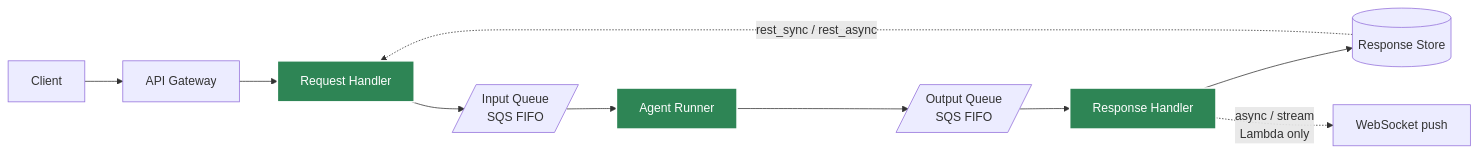
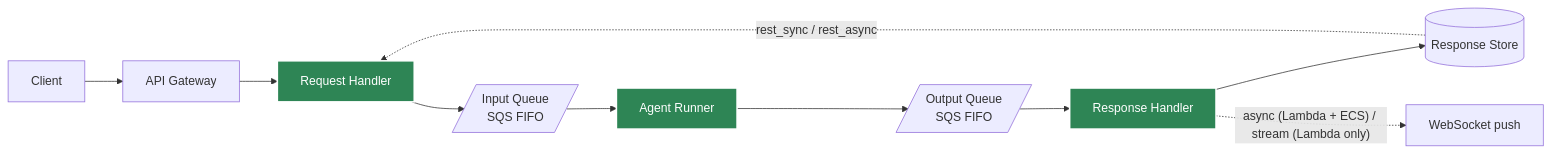
The second of 2 diagrams in docs/docs/deployment/overview.md (yaalalabs/agent-kernel), drawn with Mermaid before and after one commit. The commit also changed other lines of this file and 9 other files, not shown here.

````diff
--- a/docs/docs/deployment/overview.md
+++ b/docs/docs/deployment/overview.md
@@ -100,16 +104,16 @@
 ```mermaid
 graph LR
     CL[Client] --> GW[API Gateway]
     GW --> RH[Request Handler]
     RH --> IQ[/Input Queue<br/>SQS FIFO/]
     IQ --> AR[Agent Runner]
     AR --> OQ[/Output Queue<br/>SQS FIFO/]
     OQ --> RSH[Response Handler]
     RSH --> RS[(Response Store)]
     RS -.->|rest_sync / rest_async| RH
-    RSH -.->|async / stream<br/>Lambda only| WS[WebSocket push]
+    RSH -.->|"async (Lambda + ECS) / stream (Lambda only)"| WS[WebSocket push]
 
     style RH fill:#2e8555,stroke:#fff,stroke-width:2px,color:#fff
     style AR fill:#2e8555,stroke:#fff,stroke-width:2px,color:#fff
     style RSH fill:#2e8555,stroke:#fff,stroke-width:2px,color:#fff
 ```
````
